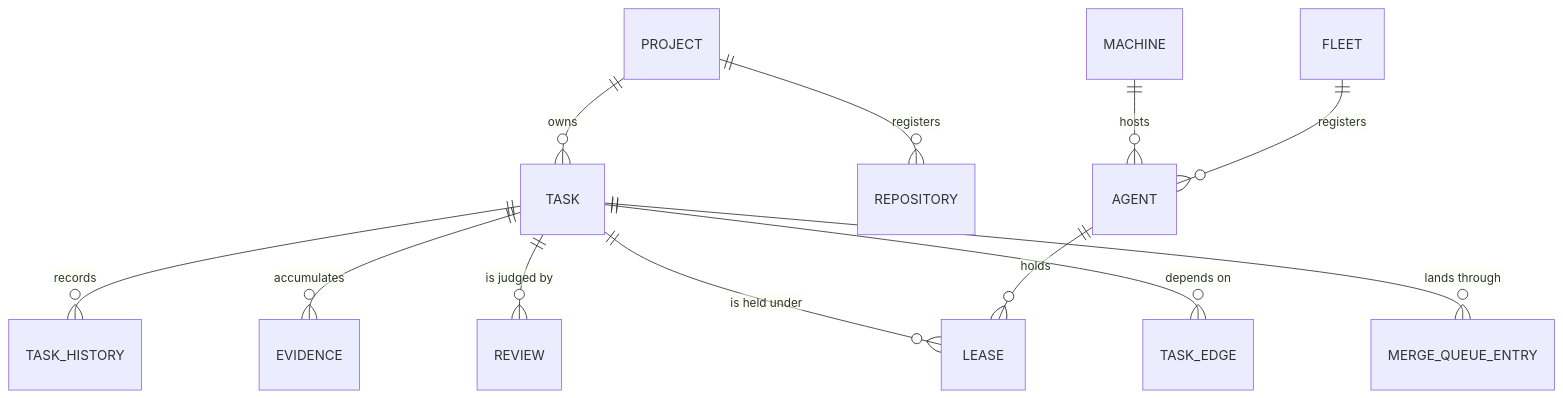
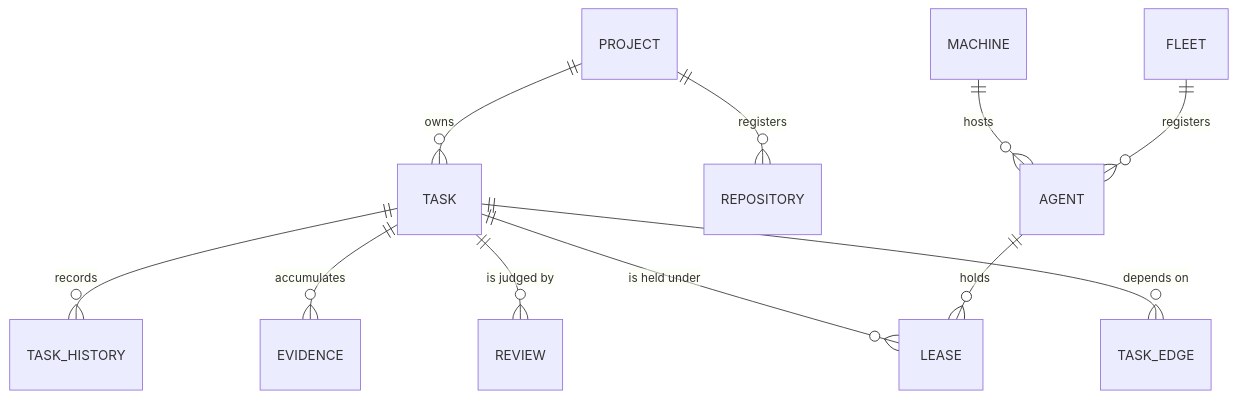
One commit to jordanhubbard/mac changed the second of 5 diagrams in docs/guide/01-architecture.md. Above: the diagram before and after it, drawn with Mermaid. The commit also changed other lines of this file and 50 other files, not shown here.

````diff
--- a/docs/guide/01-architecture.md
+++ b/docs/guide/01-architecture.md
@@ -70,14 +70,13 @@
 ```mermaid
 erDiagram
     PROJECT ||--o{ TASK : owns
     PROJECT ||--o{ REPOSITORY : registers
     TASK ||--o{ TASK_HISTORY : records
     TASK ||--o{ EVIDENCE : accumulates
     TASK ||--o{ REVIEW : "is judged by"
     TASK ||--o{ LEASE : "is held under"
     TASK ||--o{ TASK_EDGE : "depends on"
     MACHINE ||--o{ AGENT : hosts
     AGENT ||--o{ LEASE : holds
     FLEET ||--o{ AGENT : registers
-    TASK ||--o{ MERGE_QUEUE_ENTRY : "lands through"
 ```
````
